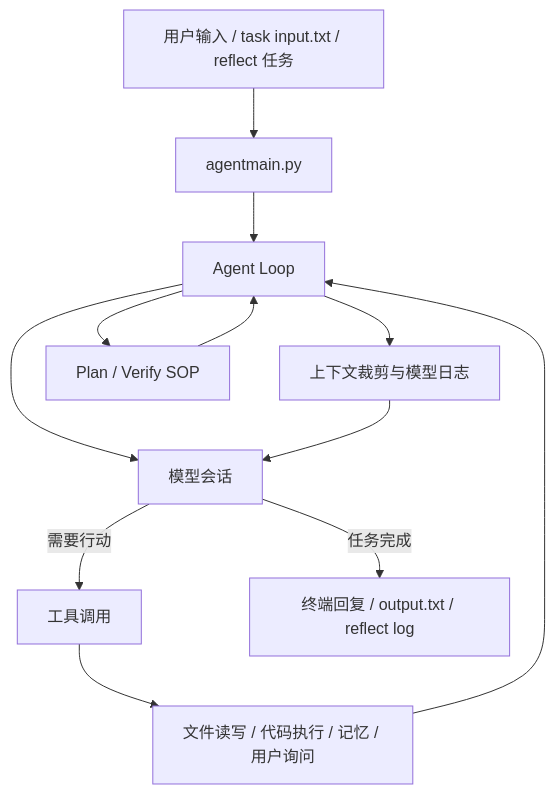
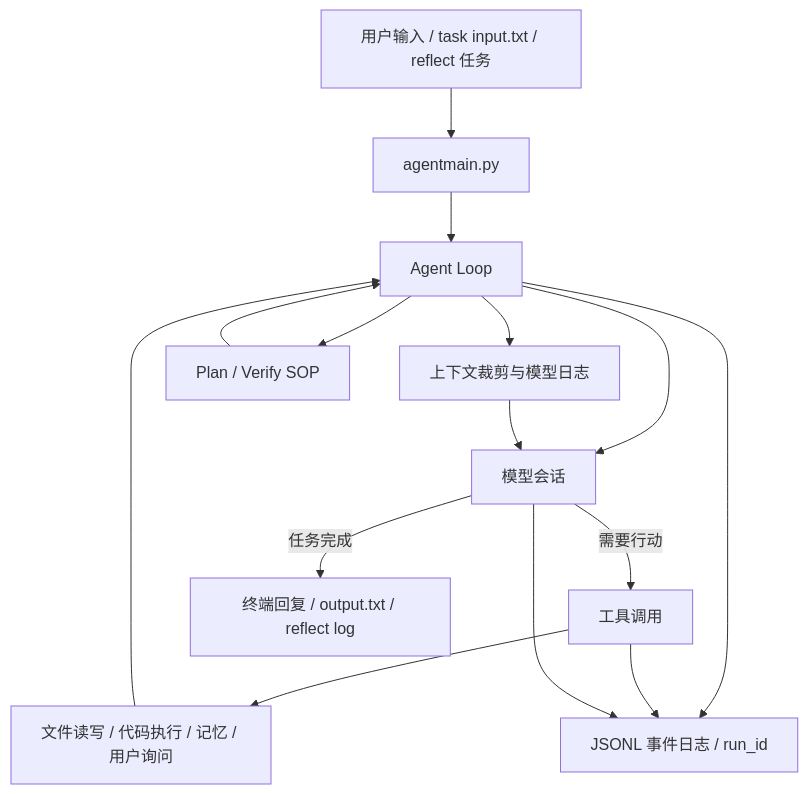
Before and after one commit to sss-y/LocalPilot: the diagram in README.md, drawn with Mermaid. The commit also changed other lines of this file and 5 other files, not shown here.

````diff
--- a/README.md
+++ b/README.md
@@ -28,14 +29,17 @@
 ```mermaid
 flowchart TD
     U[用户输入 / task input.txt / reflect 任务] --> M[agentmain.py]
     M --> L[Agent Loop]
     L --> S[模型会话]
     S -->|需要行动| T[工具调用]
     T --> F[文件读写 / 代码执行 / 记忆 / 用户询问]
     F --> L
     S -->|任务完成| O[终端回复 / output.txt / reflect log]
     L --> C[上下文裁剪与模型日志]
     C --> S
+    L --> J[JSONL 事件日志 / run_id]
+    T --> J
+    S --> J
     L --> P[Plan / Verify SOP]
     P --> L
 ```
````
